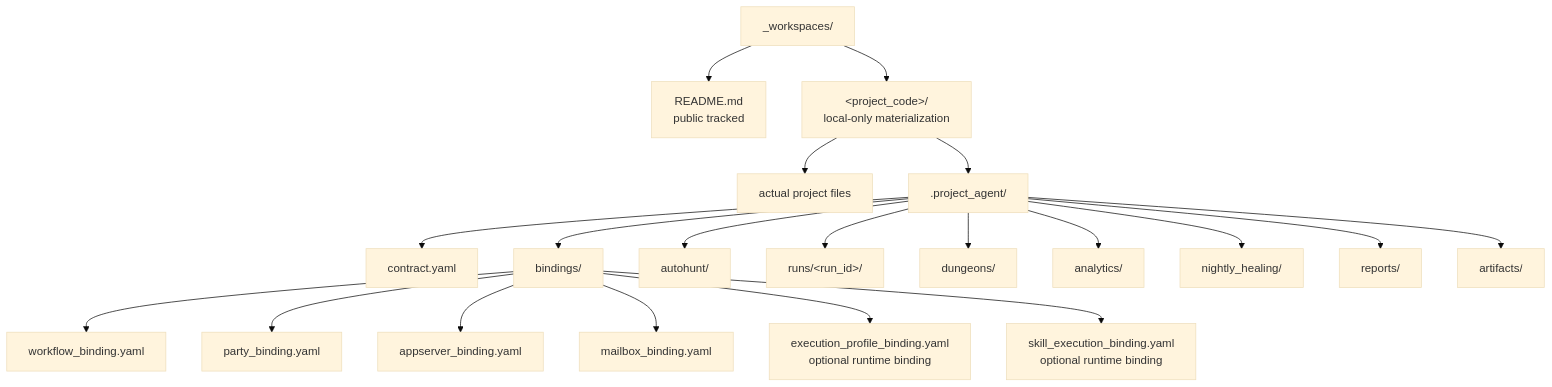
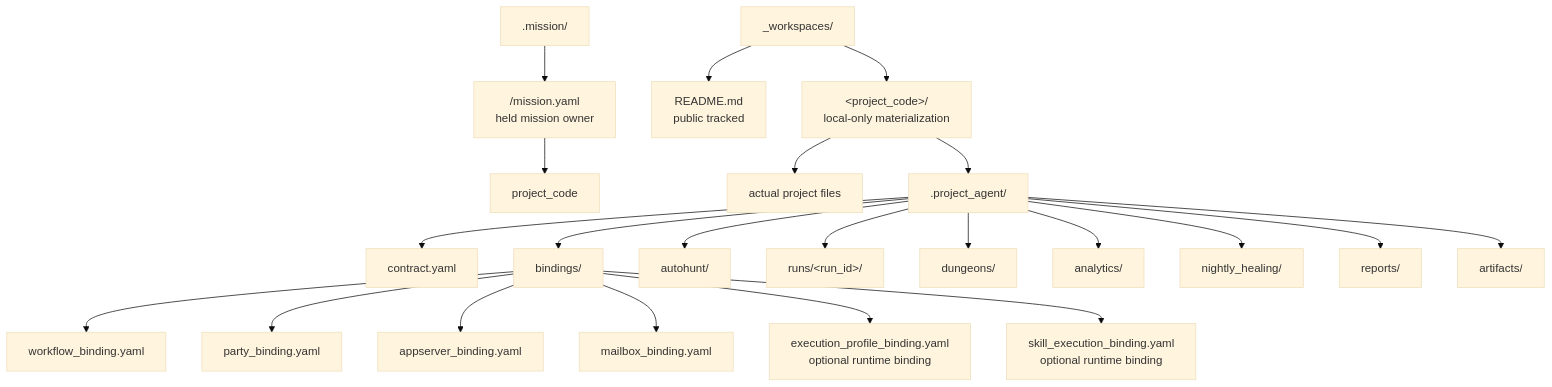
One commit to SungYongMOON/soulforge changed the diagram in docs/architecture/workspace/WORKSPACE_PROJECT_MODEL.md. Above: the diagram before and after it, drawn with Mermaid (base theme). The commit also changed other lines of this file and 27 other files, not shown here.

````diff
--- a/docs/architecture/workspace/WORKSPACE_PROJECT_MODEL.md
+++ b/docs/architecture/workspace/WORKSPACE_PROJECT_MODEL.md
@@ -11,22 +12,24 @@
 ```mermaid
 flowchart TD
+  MI[".mission/"] --> MP["<mission_id>/mission.yaml<br/>held mission owner"]
+  MP --> PJ["project_code"]
   W["_workspaces/"] --> R["README.md<br/>public tracked"]
   W --> P["&lt;project_code&gt;/<br/>local-only materialization"]
   P --> F["actual project files"]
   P --> PA[".project_agent/"]
   PA --> C["contract.yaml"]
   PA --> B["bindings/"]
   PA --> AH["autohunt/"]
   B --> WB["workflow_binding.yaml"]
   B --> PB["party_binding.yaml"]
   B --> AB["appserver_binding.yaml"]
   B --> MB["mailbox_binding.yaml"]
   B --> EP["execution_profile_binding.yaml<br/>optional runtime binding"]
   B --> SB["skill_execution_binding.yaml<br/>optional runtime binding"]
   PA --> RUN["runs/&lt;run_id&gt;/"]
   PA --> D["dungeons/"]
   PA --> A["analytics/"]
   PA --> N["nightly_healing/"]
   PA --> RP["reports/"]
   PA --> AR["artifacts/"]
 ```
````
